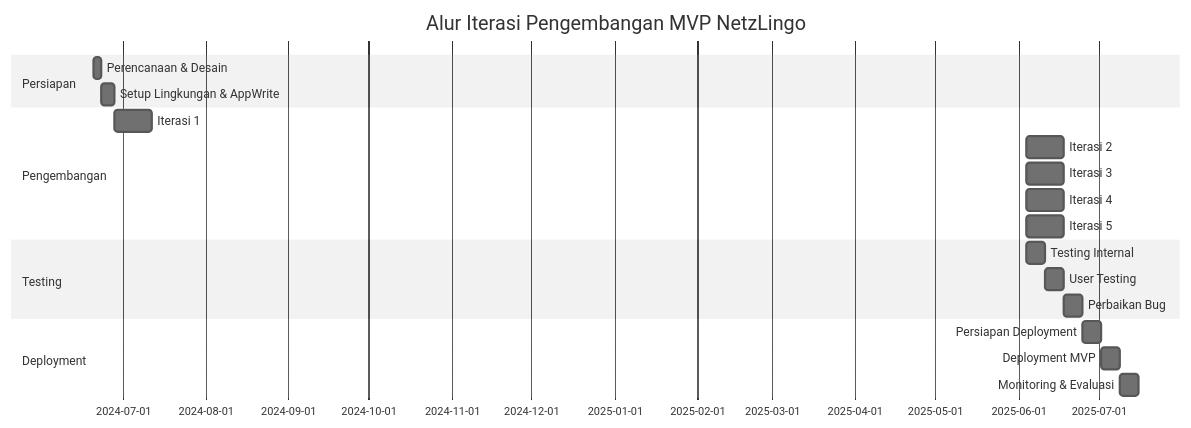
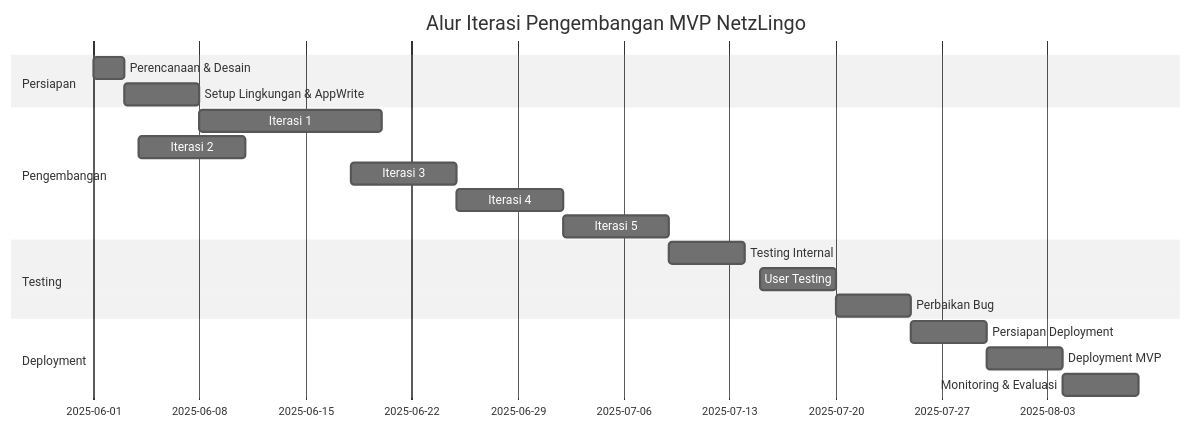
One commit to AlanEtt/netzlingo changed the first of 5 diagrams in NetzLingo-Iterasi-Pengembangan-Flutter.md. Above: the diagram before and after it, drawn with Mermaid (neutral theme). The commit also changed 7 other files, not shown here.

````diff
--- a/NetzLingo-Iterasi-Pengembangan-Flutter.md
+++ b/NetzLingo-Iterasi-Pengembangan-Flutter.md
@@ -98,22 +98,22 @@
 ```mermaid
 gantt
     title Alur Iterasi Pengembangan MVP NetzLingo
     dateFormat  YYYY-MM-DD
     section Persiapan
-    Perencanaan & Desain          :a1, 2024-06-20, 3d
+    Perencanaan & Desain          :a1, 2025-06-01, 2d
     Setup Lingkungan & AppWrite   :a2, after a1, 5d
     section Pengembangan
-    Iterasi 1: Autentikasi & Struktur Dasar   :b1, after a2, 2w
-    Iterasi 2: Sistem Pembelajaran & Kategori :b2, after b1, 2w
-    Iterasi 3: Premium Features & Monetisasi  :b3, after b2, 2w
-    Iterasi 4: Notifikasi & TTS              :b4, after b3, 2w
-    Iterasi 5: Import/Export & UI/UX          :b5, after b4, 2w
+    Iterasi 1: Autentikasi & Struktur Dasar   :b1, after a2, 12d
+    Iterasi 2: Sistem Pembelajaran & Kategori :b2, 2025-06-04, 7d
+    Iterasi 3: Premium Features & Monetisasi  :b3, 2025-06-18, 7d
+    Iterasi 4: Notifikasi & TTS              :b4, 2025-06-25, 7d
+    Iterasi 5: Import/Export & UI/UX          :b5, 2025-07-02, 7d
     section Testing
-    Testing Internal              :c1, after b5, 1w
-    User Testing                  :c2, after c1, 1w
-    Perbaikan Bug                 :c3, after c2, 1w
+    Testing Internal              :c1, 2025-07-09, 5d
+    User Testing                  :c2, 2025-07-15, 5d
+    Perbaikan Bug                 :c3, 2025-07-20, 5d
     section Deployment
-    Persiapan Deployment          :d1, after c3, 1w
-    Deployment MVP                :d2, after d1, 1w
-    Monitoring & Evaluasi         :d3, after d2, 1w
+    Persiapan Deployment          :d1, 2025-07-25, 5d
+    Deployment MVP                :d2, 2025-07-30, 5d
+    Monitoring & Evaluasi         :d3, 2025-08-04, 5d
 ```
````
